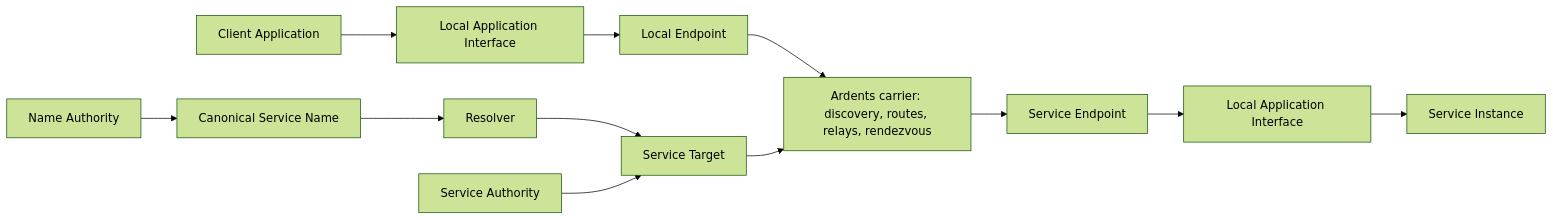
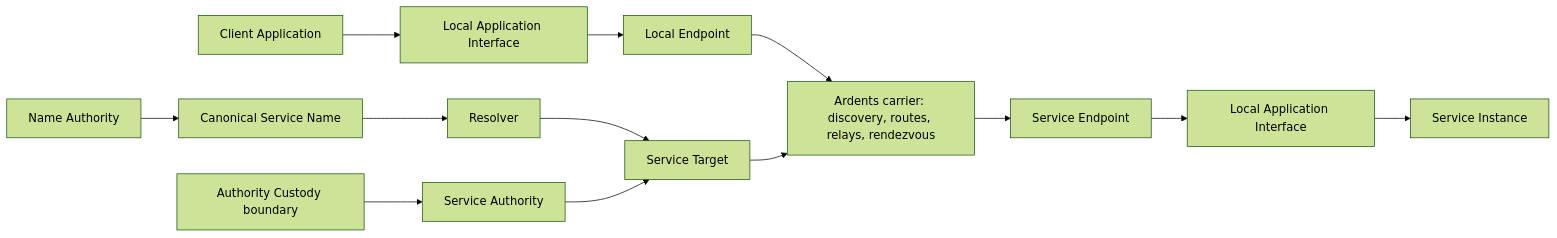
Before and after one commit to dianabuilds/ardents-network: the diagram in docs/product/functional-map.md, drawn with Mermaid (forest theme). The commit also changed other lines of this file and 24 other files, not shown here.

````diff
--- a/docs/product/functional-map.md
+++ b/docs/product/functional-map.md
@@ -16,14 +18,15 @@
 ```mermaid
 flowchart LR
     CA["Client Application"] --> AI1["Local Application Interface"]
     AI1 --> LE1["Local Endpoint"]
     LE1 --> N["Ardents carrier: discovery, routes, relays, rendezvous"]
     N --> LE2["Service Endpoint"]
     LE2 --> AI2["Local Application Interface"]
     AI2 --> SI["Service Instance"]
+    AC["Authority Custody boundary"] --> SA["Service Authority"]
     NA["Name Authority"] --> SN["Canonical Service Name"]
     SN --> R["Resolver"]
     R --> ST["Service Target"]
     SA["Service Authority"] --> ST
     ST --> N
 ```
````
